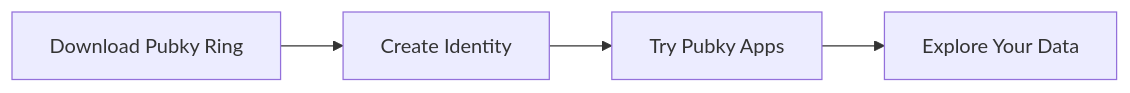
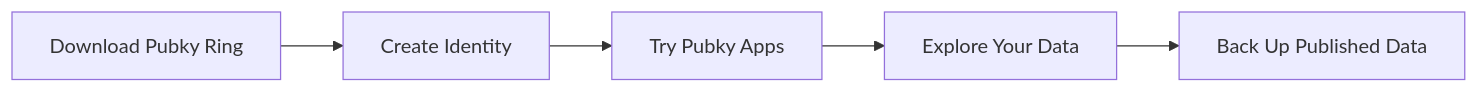
One commit to pubky/pubky-knowledge-base-v2 changed the diagram in src/content/docs/getting-started.md. Above: the diagram before and after it, drawn with Mermaid. The commit also changed other lines of this file and 12 other files, not shown here.

````diff
--- a/src/content/docs/getting-started.md
+++ b/src/content/docs/getting-started.md
@@ -11,6 +11,7 @@
 ```mermaid
 flowchart LR
     Ring[Download Pubky Ring] --> Identity[Create Identity]
     Identity --> App[Try Pubky Apps]
     App --> Data[Explore Your Data]
+    Data --> Backup[Back Up Published Data]
 ```
````
